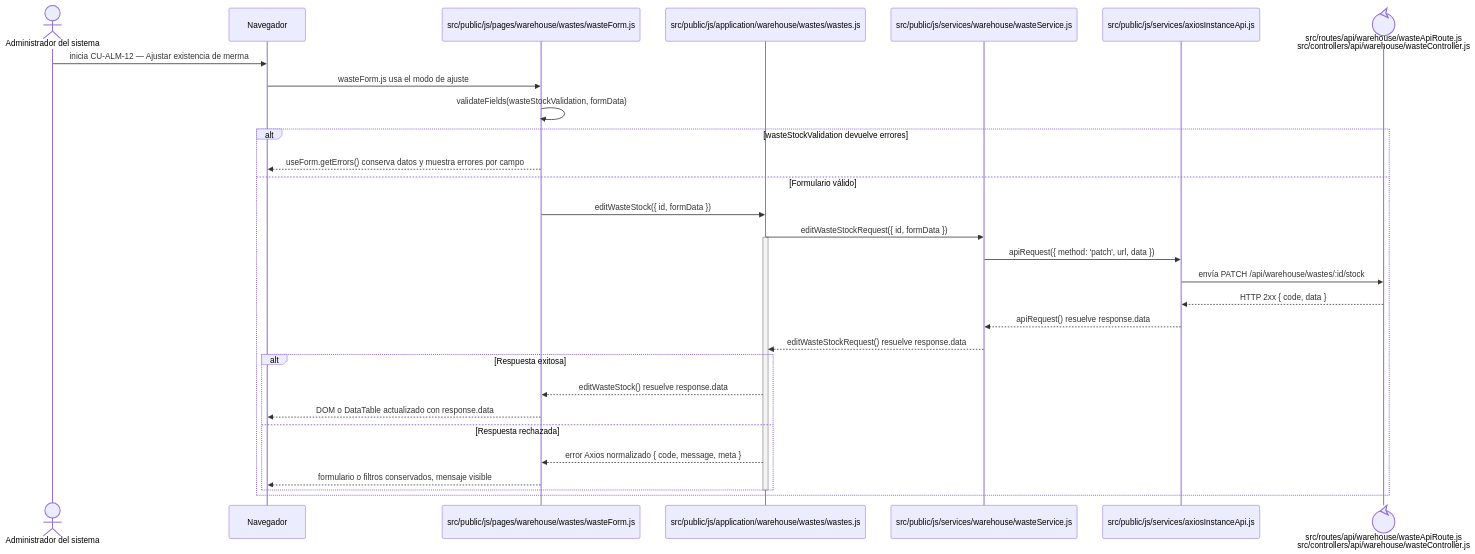
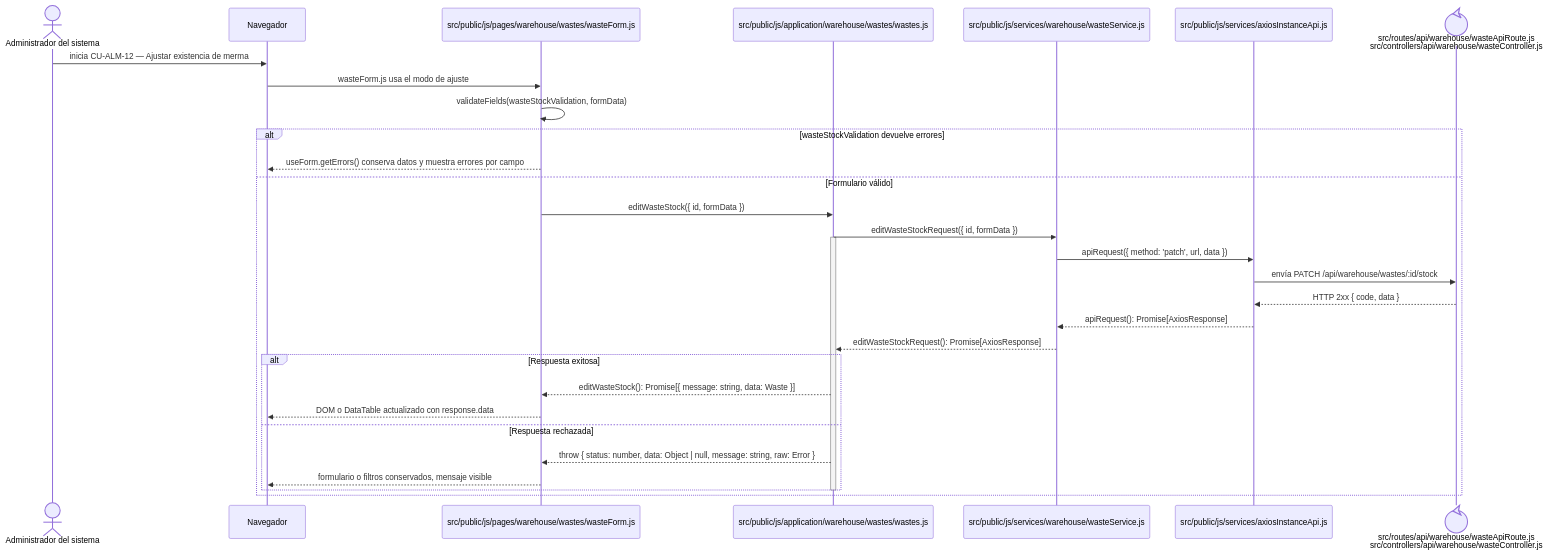
One commit to gpgsistemas01/nexus changed the diagram in docs/architecture/frontend-code-sequences/catalogs/cu-alm-12.md. Above: the diagram before and after it, drawn with Mermaid. The commit also changed 146 other files, not shown here.

````diff
--- a/docs/architecture/frontend-code-sequences/catalogs/cu-alm-12.md
+++ b/docs/architecture/frontend-code-sequences/catalogs/cu-alm-12.md
@@ -6,34 +6,34 @@
 ```mermaid
 sequenceDiagram
     actor Initiator as Administrador del sistema
     participant Browser as Navegador
     participant View as src/public/js/pages/warehouse/wastes/wasteForm.js
     participant Application as src/public/js/application/warehouse/wastes/wastes.js
     participant Request as src/public/js/services/warehouse/wasteService.js
     participant HTTP as src/public/js/services/axiosInstanceApi.js
     participant Transport@{ "type": "control" } as src/routes/api/warehouse/wasteApiRoute.js<br/>src/controllers/api/warehouse/wasteController.js
 
     Initiator->>Browser: inicia CU-ALM-12 — Ajustar existencia de merma
     Browser->>View: wasteForm.js usa el modo de ajuste
     View->>View: validateFields(wasteStockValidation, formData)
     alt wasteStockValidation devuelve errores
         View-->>Browser: useForm.getErrors() conserva datos y muestra errores por campo
     else Formulario válido
         View->>Application: editWasteStock({ id, formData })
         Application->>Request: editWasteStockRequest({ id, formData })
         activate Application
         Request->>HTTP: apiRequest({ method: 'patch', url, data })
         HTTP->>Transport: envía PATCH /api/warehouse/wastes/:id/stock
         Transport-->>HTTP: HTTP 2xx { code, data }
-        HTTP-->>Request: apiRequest() resuelve response.data
-        Request-->>Application: editWasteStockRequest() resuelve response.data
+        HTTP-->>Request: apiRequest(): Promise[AxiosResponse]
+        Request-->>Application: editWasteStockRequest(): Promise[AxiosResponse]
         alt Respuesta exitosa
-            Application-->>View: editWasteStock() resuelve response.data
+            Application-->>View: editWasteStock(): Promise[{ message: string, data: Waste }]
             View-->>Browser: DOM o DataTable actualizado con response.data
         else Respuesta rechazada
-            Application-->>View: error Axios normalizado { code, message, meta }
+            Application-->>View: throw { status: number, data: Object | null, message: string, raw: Error }
             View-->>Browser: formulario o filtros conservados, mensaje visible
         end
         deactivate Application
     end
 ```
````
